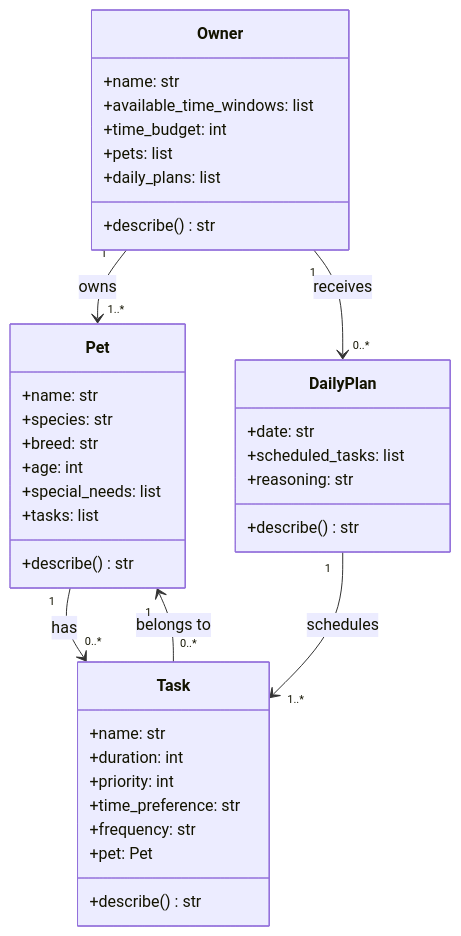
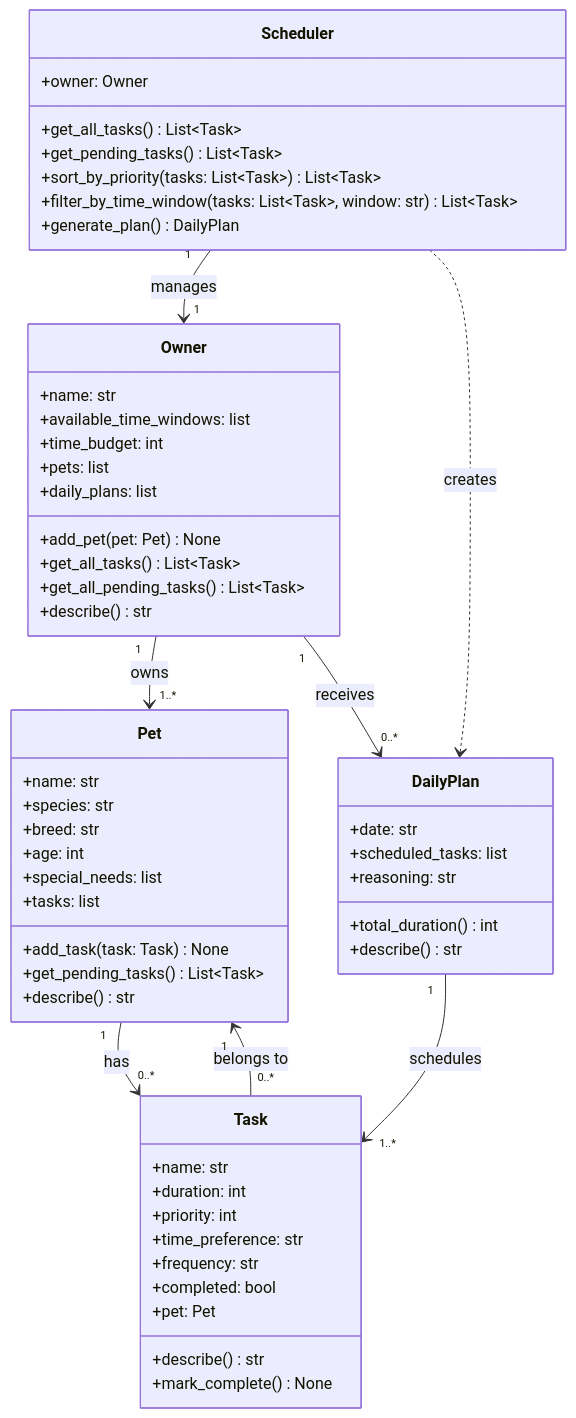
One commit to edwin-luu/ai110-module2show-pawpal-starter changed the diagram in reflection.md. Above: the diagram before and after it, drawn with Mermaid. The commit also changed 3 other files, not shown here.

Commit message:
Revamped the original UML design; create cases for pytest; tested the logic with a main.py file; added 1-line docstrings to all methods.

````diff
--- a/reflection.md
+++ b/reflection.md
@@ -30,44 +30,63 @@
 ```mermaid
 classDiagram
     class Owner {
         +name: str
         +available_time_windows: list
         +time_budget: int
         +pets: list
         +daily_plans: list
+        +add_pet(pet: Pet) None
+        +get_all_tasks() List~Task~
+        +get_all_pending_tasks() List~Task~
         +describe() str
     }
 
     class Pet {
         +name: str
         +species: str
         +breed: str
         +age: int
         +special_needs: list
         +tasks: list
+        +add_task(task: Task) None
+        +get_pending_tasks() List~Task~
         +describe() str
     }
 
     class Task {
         +name: str
         +duration: int
         +priority: int
         +time_preference: str
         +frequency: str
+        +completed: bool
         +pet: Pet
         +describe() str
+        +mark_complete() None
     }
 
     class DailyPlan {
         +date: str
         +scheduled_tasks: list
         +reasoning: str
+        +total_duration() int
         +describe() str
+    }
+
+    class Scheduler {
+        +owner: Owner
+        +get_all_tasks() List~Task~
+        +get_pending_tasks() List~Task~
+        +sort_by_priority(tasks: List~Task~) List~Task~
+        +filter_by_time_window(tasks: List~Task~, window: str) List~Task~
+        +generate_plan() DailyPlan
     }
 
     Owner "1" --> "1..*" Pet : owns
     Pet "1" --> "0..*" Task : has
     Task "0..*" --> "1" Pet : belongs to
     DailyPlan "1" --> "1..*" Task : schedules
     Owner "1" --> "0..*" DailyPlan : receives
+    Scheduler "1" --> "1" Owner : manages
+    Scheduler ..> DailyPlan : creates
 ```
````
